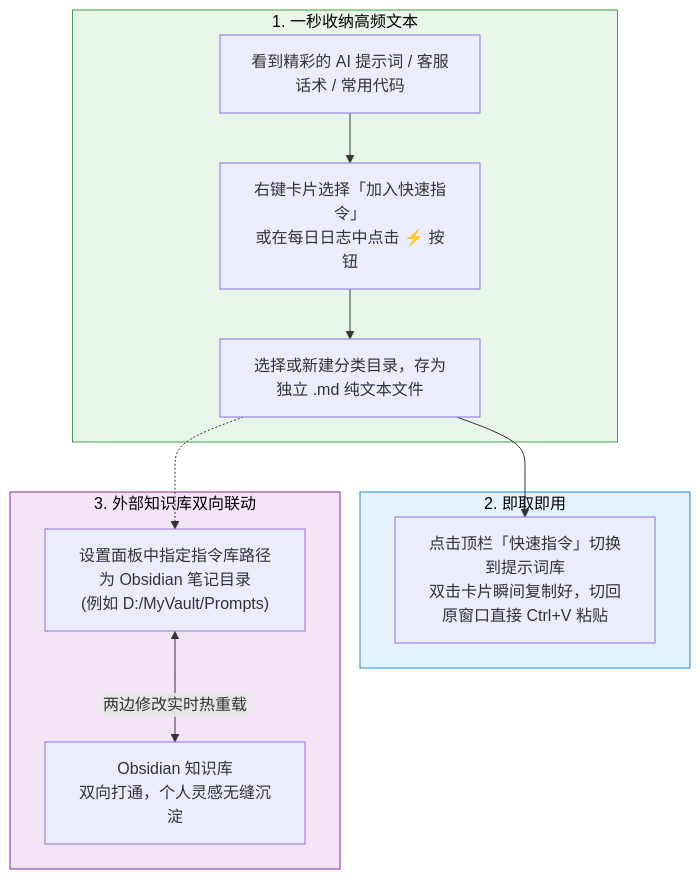
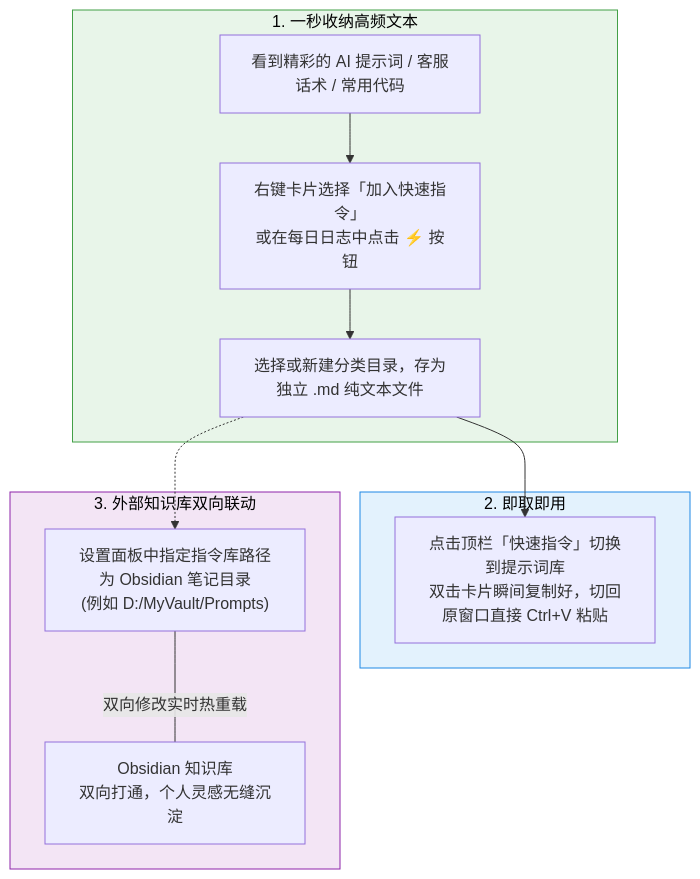
The sixth of 7 diagrams in README.md (CatBoss-Paw/EasyClipboard), drawn with Mermaid before and after one commit. The commit also changed other lines of this file, not shown here.

Commit message:
fix(docs): 彻底修复所有Mermaid连线标签括号、破折号及多节点聚合语法，确保GitHub 100%正常渲染

````diff
--- a/README.md
+++ b/README.md
@@ -242,20 +249,20 @@
 ```mermaid
 graph TD
     subgraph STORE_PROMPT ["1. 一秒收纳高频文本"]
         RAW["看到精彩的 AI 提示词 / 客服话术 / 常用代码"] --> SAVE_ACT["右键卡片选择「加入快速指令」<br/>或在每日日志中点击 ⚡ 按钮"]
         SAVE_ACT --> CATEGORY["选择或新建分类目录，存为独立 .md 纯文本文件"]
     end
 
     subgraph USE_PROMPT ["2. 即取即用"]
         CATEGORY --> CALL_ACT["点击顶栏「快速指令」切换到提示词库<br/>双击卡片瞬间复制好，切回原窗口直接 Ctrl+V 粘贴"]
     end
 
     subgraph OBSIDIAN_SYNC ["3. 外部知识库双向联动"]
         CATEGORY -.-> OBS_LINK["设置面板中指定指令库路径为 Obsidian 笔记目录<br/>(例如 D:/MyVault/Prompts)"]
-        OBS_LINK <-->|两边修改实时热重载| OBS_VAULT["Obsidian 知识库<br/>双向打通，个人灵感无缝沉淀"]
+        OBS_LINK ---|双向修改实时热重载| OBS_VAULT["Obsidian 知识库<br/>双向打通，个人灵感无缝沉淀"]
     end
 
     style STORE_PROMPT fill:#e8f5e9,stroke:#43a047,color:#000
     style USE_PROMPT fill:#e3f2fd,stroke:#1e88e5,color:#000
     style OBSIDIAN_SYNC fill:#f3e5f5,stroke:#8e24aa,color:#000
 ```
````
